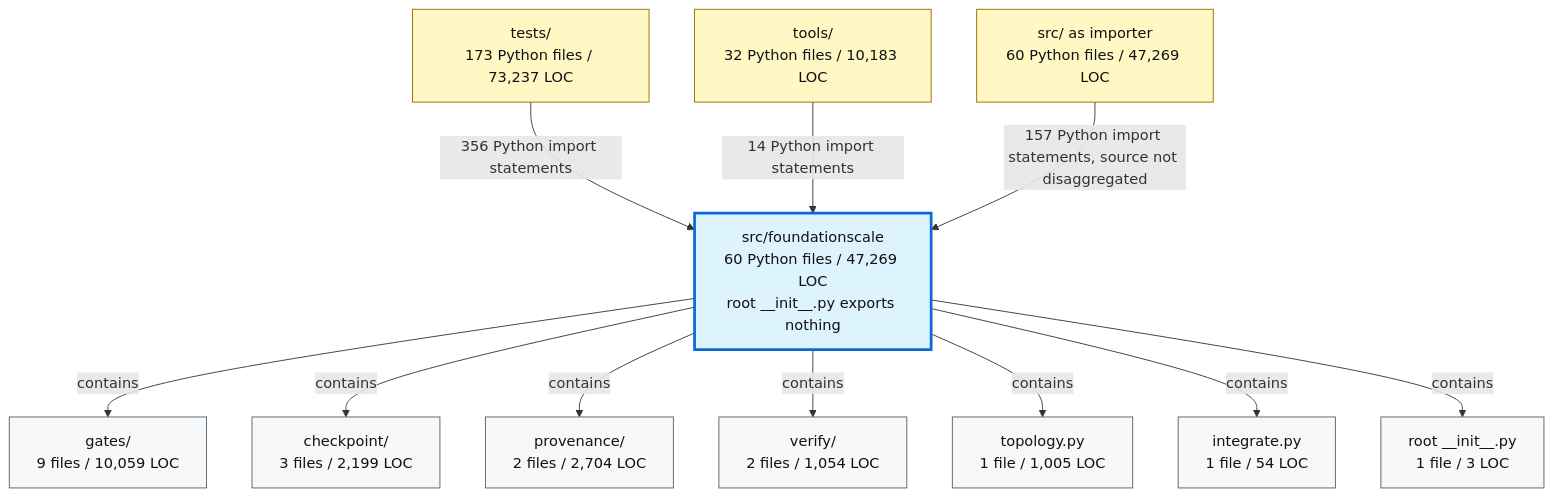
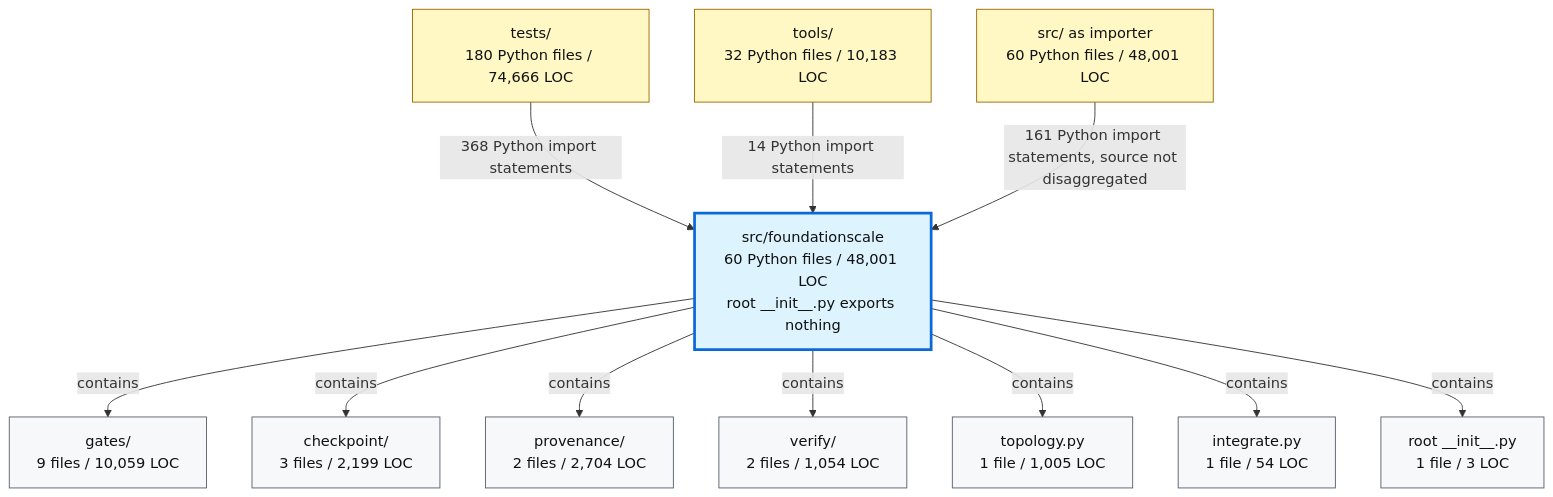
The second of 2 diagrams in docs/review/D2_current_architecture.md (TranNhiem/FoundationScale), drawn with Mermaid before and after one commit. The commit also changed other lines of this file and 14 other files, not shown here.

````diff
--- a/docs/review/D2_current_architecture.md
+++ b/docs/review/D2_current_architecture.md
@@ -97,36 +97,36 @@
 ```mermaid
 flowchart TB
-  TESTS["tests/<br/>173 Python files / 73,237 LOC"]
+  TESTS["tests/<br/>180 Python files / 74,666 LOC"]
   TOOLS["tools/<br/>32 Python files / 10,183 LOC"]
-  SRC["src/ as importer<br/>60 Python files / 47,269 LOC"]
+  SRC["src/ as importer<br/>60 Python files / 48,001 LOC"]
 
-  FS["src/foundationscale<br/>60 Python files / 47,269 LOC<br/>root __init__.py exports nothing"]
+  FS["src/foundationscale<br/>60 Python files / 48,001 LOC<br/>root __init__.py exports nothing"]
 
   GATES["gates/<br/>9 files / 10,059 LOC"]
   CKPT["checkpoint/<br/>3 files / 2,199 LOC"]
   PROV["provenance/<br/>2 files / 2,704 LOC"]
   VERIFY["verify/<br/>2 files / 1,054 LOC"]
   TOPO["topology.py<br/>1 file / 1,005 LOC"]
   INTEG["integrate.py<br/>1 file / 54 LOC"]
   ROOT["root __init__.py<br/>1 file / 3 LOC"]
 
-  TESTS -->|"356 Python import statements"| FS
+  TESTS -->|"368 Python import statements"| FS
   TOOLS -->|"14 Python import statements"| FS
-  SRC -->|"157 Python import statements, source not disaggregated"| FS
+  SRC -->|"161 Python import statements, source not disaggregated"| FS
 
   FS -->|"contains"| GATES
   FS -->|"contains"| CKPT
   FS -->|"contains"| PROV
   FS -->|"contains"| VERIFY
   FS -->|"contains"| TOPO
   FS -->|"contains"| INTEG
   FS -->|"contains"| ROOT
 
   classDef consumer fill:#fff8c5,stroke:#9a6700,color:#111;
   classDef package fill:#ddf4ff,stroke:#0969da,stroke-width:3px,color:#111;
   classDef module fill:#f6f8fa,stroke:#57606a,color:#111;
 
   class TESTS,TOOLS,SRC consumer;
   class FS package;
   class GATES,CKPT,PROV,VERIFY,TOPO,INTEG,ROOT module;
 ```
````
